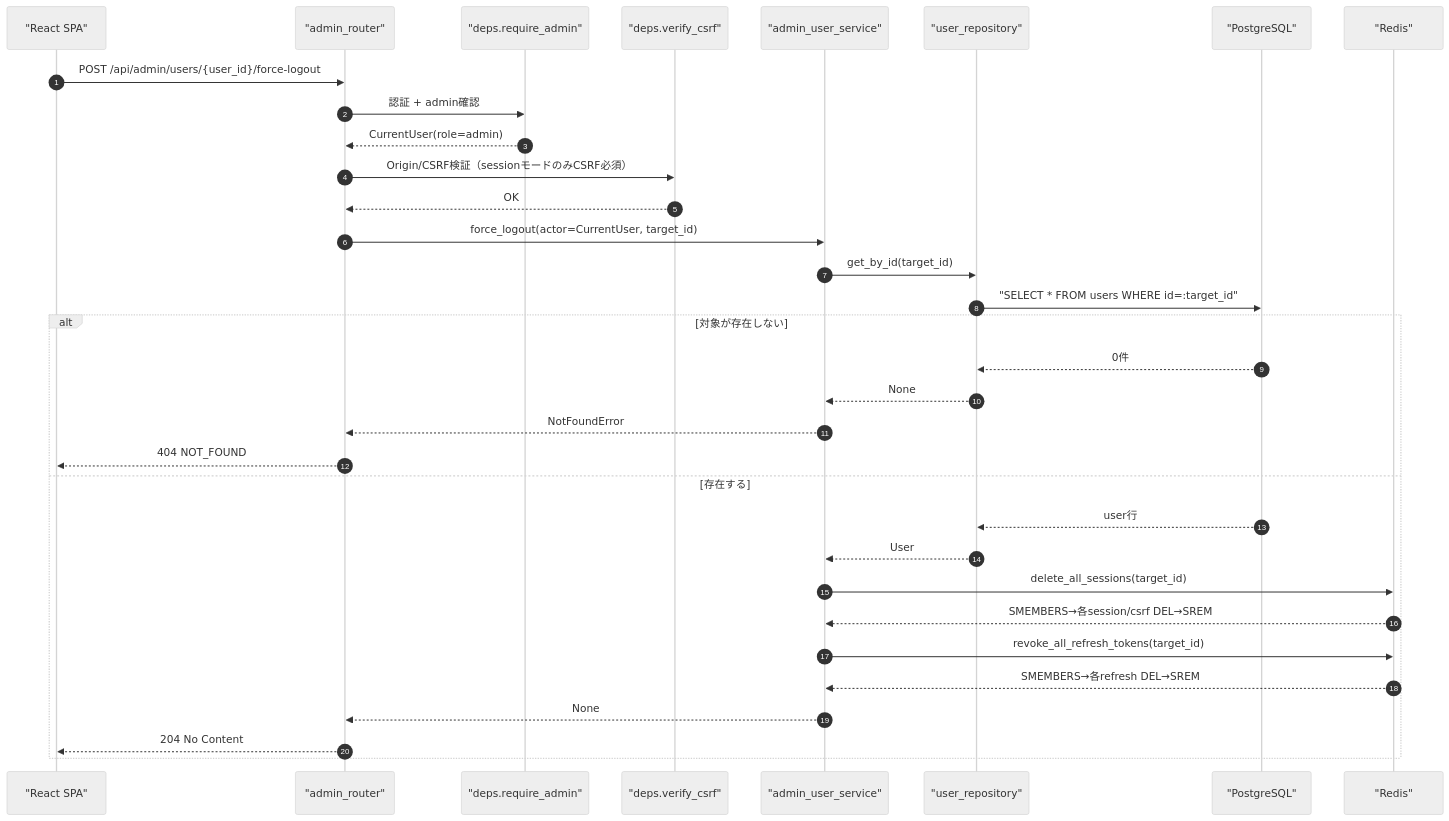
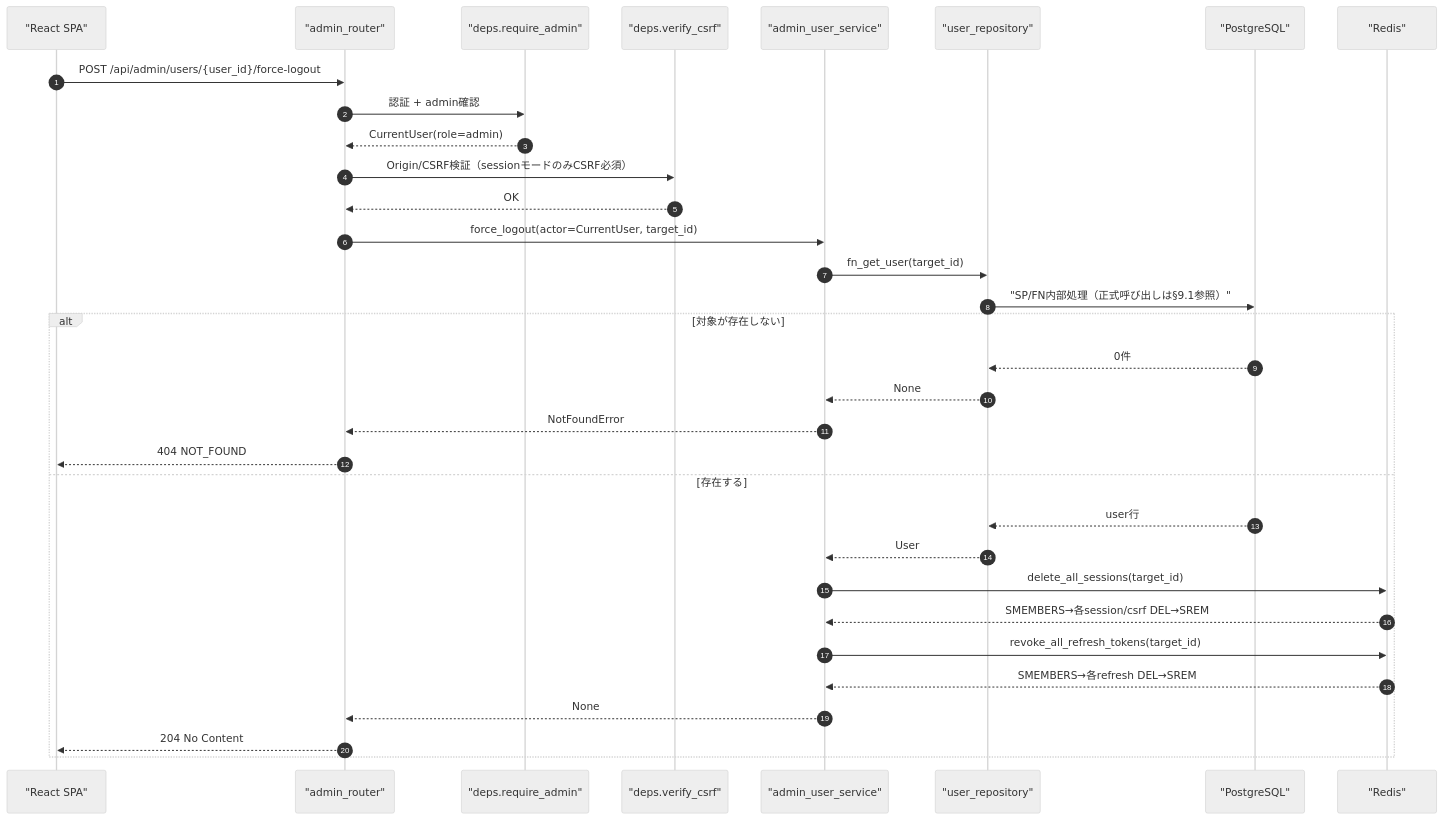
The first of 4 diagrams in detailed_design/api/admin/04_post_admin_user_force_logout.md (oikawa-d/task_management), drawn with Mermaid (neutral theme) before and after one commit. The commit also changed other lines of this file and 58 other files, not shown here.

````diff
--- a/detailed_design/api/admin/04_post_admin_user_force_logout.md
+++ b/detailed_design/api/admin/04_post_admin_user_force_logout.md
@@ -60,36 +60,36 @@
 ```mermaid
 sequenceDiagram
     autonumber
     participant FE as "React SPA"
     participant R as "admin_router"
     participant D as "deps.require_admin"
     participant CSRF as "deps.verify_csrf"
     participant S as "admin_user_service"
     participant RP as "user_repository"
     participant PG as "PostgreSQL"
     participant RD as "Redis"
 
     FE->>R: POST /api/admin/users/{user_id}/force-logout
     R->>D: 認証 + admin確認
     D-->>R: CurrentUser(role=admin)
     R->>CSRF: Origin/CSRF検証（sessionモードのみCSRF必須）
     CSRF-->>R: OK
     R->>S: force_logout(actor=CurrentUser, target_id)
-    S->>RP: get_by_id(target_id)
-    RP->>PG: "SELECT * FROM users WHERE id=:target_id"
+    S->>RP: fn_get_user(target_id)
+    RP->>PG: "SP/FN内部処理（正式呼び出しは§9.1参照）"
     alt 対象が存在しない
         PG-->>RP: 0件
         RP-->>S: None
         S-->>R: NotFoundError
         R-->>FE: 404 NOT_FOUND
     else 存在する
         PG-->>RP: user行
         RP-->>S: User
         S->>RD: delete_all_sessions(target_id)
         RD-->>S: SMEMBERS→各session/csrf DEL→SREM
         S->>RD: revoke_all_refresh_tokens(target_id)
         RD-->>S: SMEMBERS→各refresh DEL→SREM
         S-->>R: None
         R-->>FE: 204 No Content
     end
 ```
````
